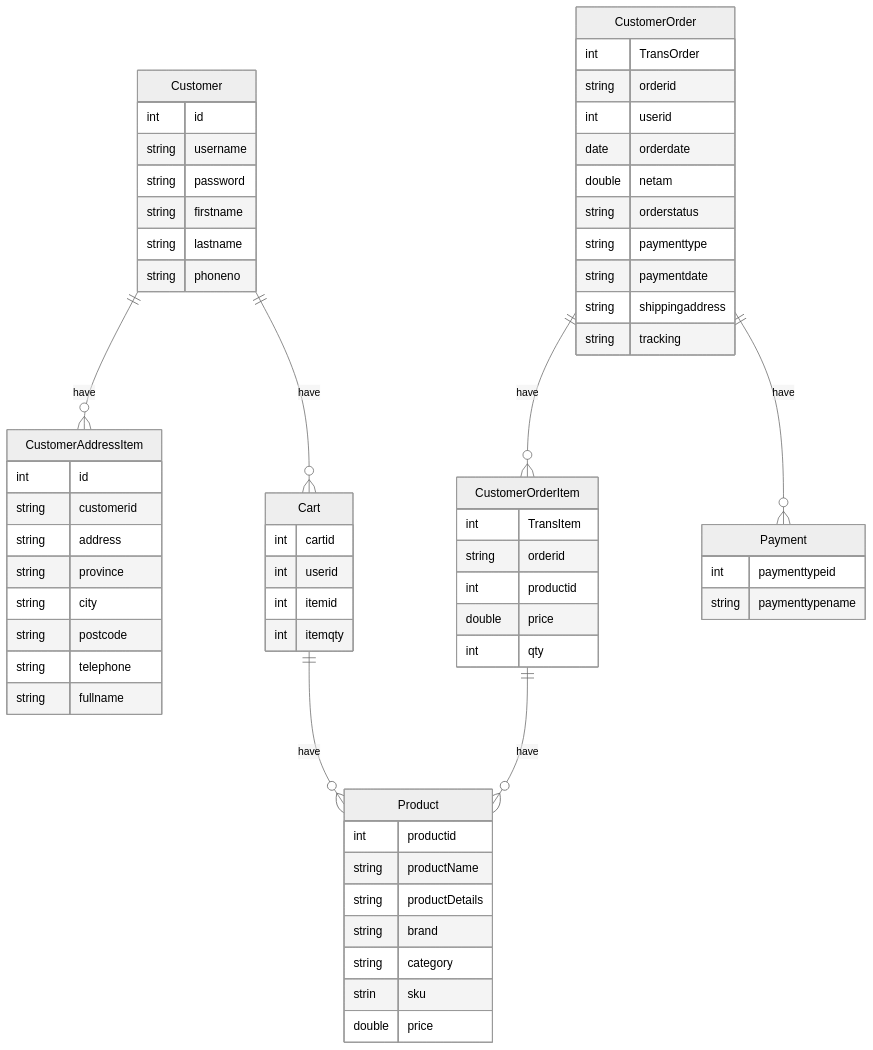
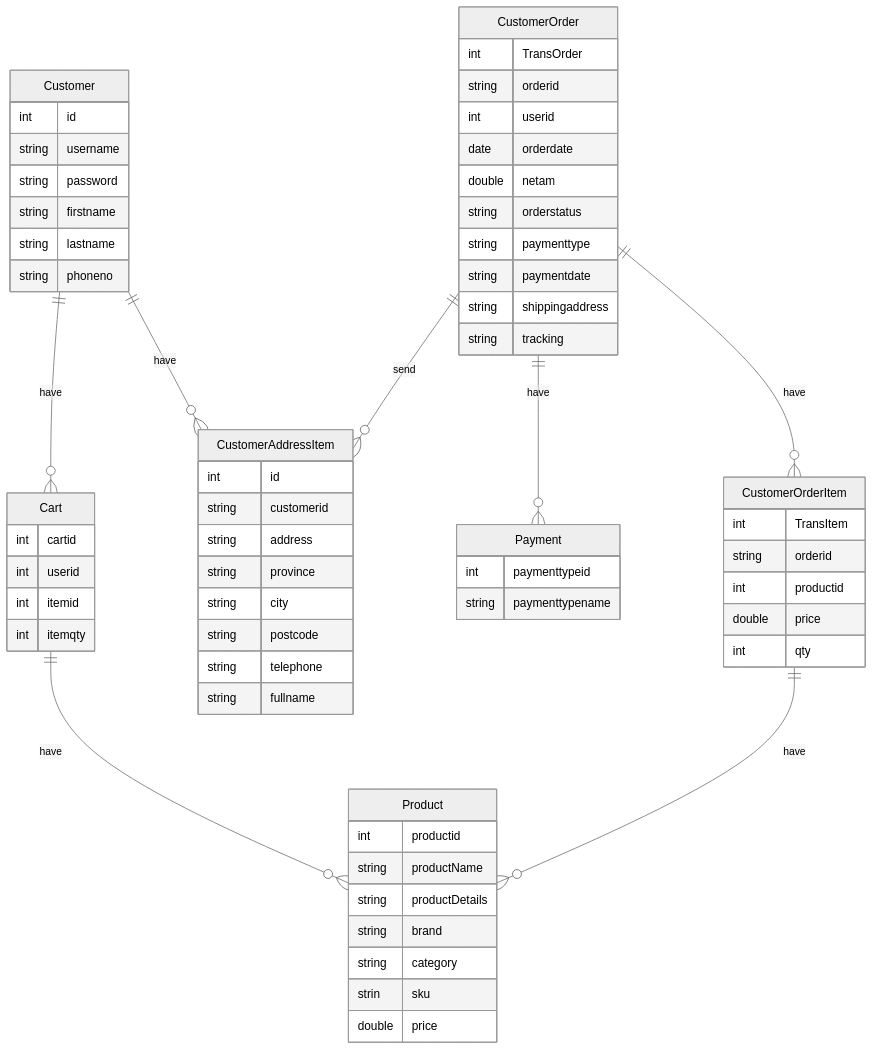
Before and after one commit to angkhanalil/assignment-java-boot-camp: the diagram in Database.MD, drawn with Mermaid (neutral theme).

````diff
--- a/Database.MD
+++ b/Database.MD
@@ -1,71 +1,73 @@
 ```mermaid
 erDiagram
    Customer ||--o{ CustomerAddressItem  : have  
     Customer {
         int id
         string username
         string password
         string firstname
         string lastname
         string phoneno
-    }
+    } 
     
-    CustomerAddressItem {
-        int id
-        string customerid
-        string address
-        string province
-        string city
-        string postcode
-        string telephone
-        string fullname
-    }
     Customer ||--o{ Cart : have 
     
     Cart {
         int cartid
         int userid
         int itemid
         int itemqty 
     }
-    Cart ||--o{ Product : have
-    Product {
-        int productid
-        string productName
-        string productDetails
-        string brand
-        string category
-        strin sku
-        double price
-    } 
-    
+   
+  
     CustomerOrder {
         int TransOrder
         string orderid
         int userid
         date orderdate
         double netam
         string orderstatus
         string paymenttype
         string paymentdate
         string shippingaddress
         string tracking
     }
-     
+    
     CustomerOrder ||--o{ CustomerOrderItem : have 
     CustomerOrderItem {
         int TransItem
         string orderid
         int productid
         double price
         int qty
     }
     CustomerOrderItem ||--o{ Product : have
     CustomerOrder ||--o{ Payment : have 
      Payment {
         int paymenttypeid
         string paymenttypename
        
+    } 
+     Cart ||--o{ Product : have
+    Product {
+        int productid
+        string productName
+        string productDetails
+        string brand
+        string category
+        strin sku
+        double price
+    } 
+    CustomerOrder  ||--o{ CustomerAddressItem : send
+    CustomerAddressItem {
+        int id
+        string customerid
+        string address
+        string province
+        string city
+        string postcode
+        string telephone
+        string fullname
     }
     
 ```
````
